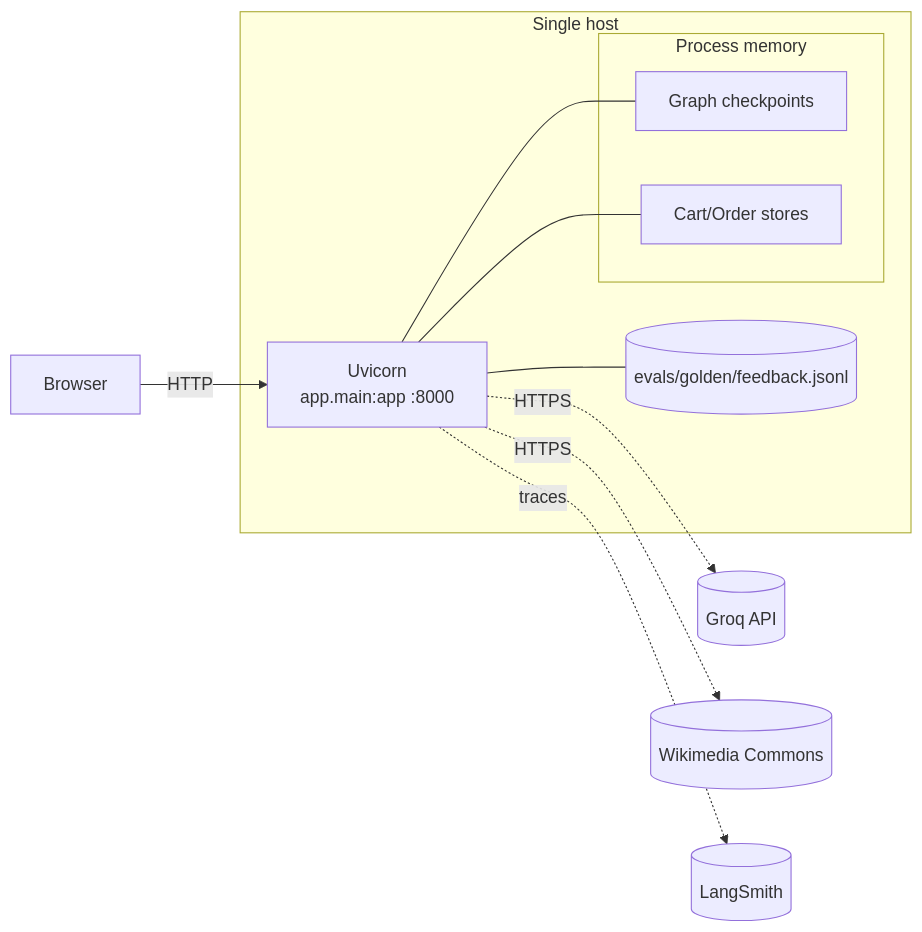
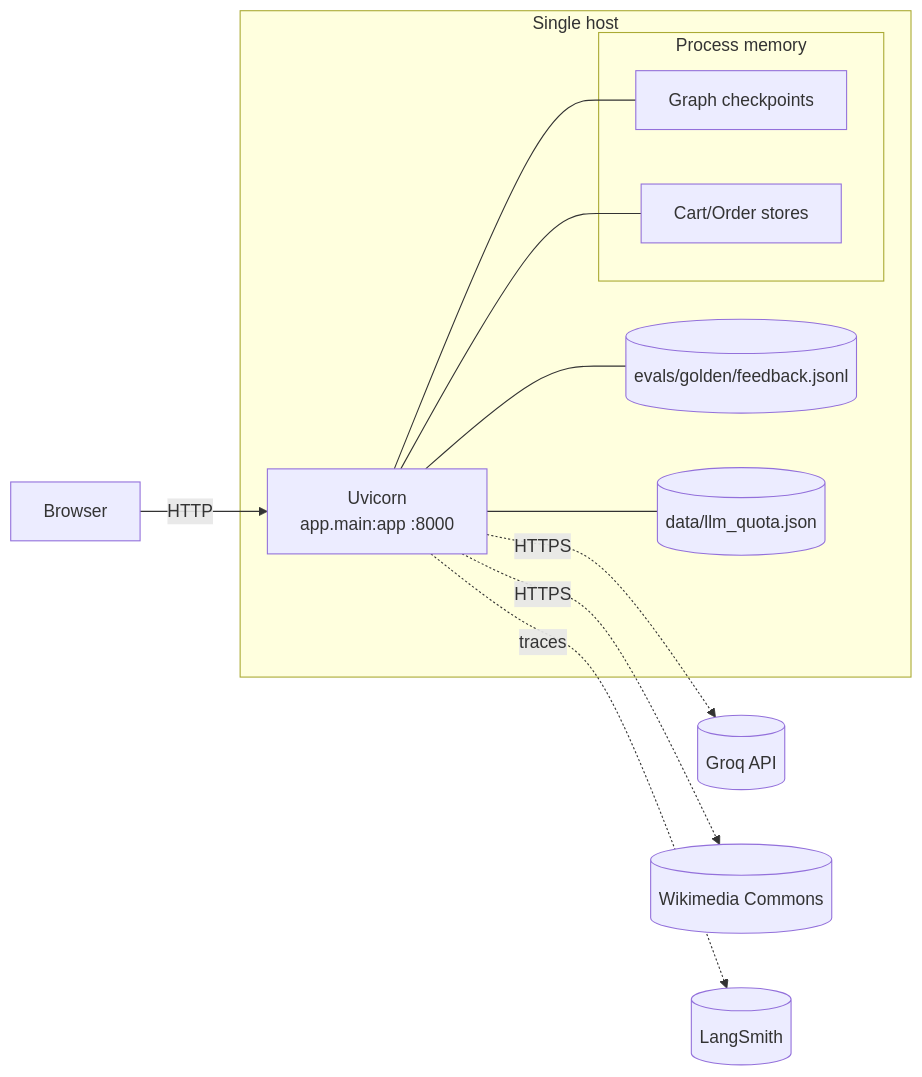
The sixth of 6 diagrams in docs/HLD.md (AyushNeedsCaffeine/QuickChef), drawn with Mermaid before and after one commit. The commit also changed other lines of this file and 21 other files, not shown here.

Commit message:
feat: QuickChef v2.3 custom dish UX and quota-safe AI flow

````diff
--- a/docs/HLD.md
+++ b/docs/HLD.md
@@ -272,18 +288,20 @@
 ```mermaid
 flowchart LR
     subgraph Host["Single host"]
         UV[Uvicorn\napp.main:app :8000]
         subgraph Mem["Process memory"]
             GR[Graph checkpoints]
             CT[Cart/Order stores]
         end
         FB[(evals/golden/feedback.jsonl)]
+        Q[(data/llm_quota.json)]
         UV --- GR
         UV --- CT
         UV --- FB
+        UV --- Q
     end
     Browser -->|HTTP| UV
     UV -.HTTPS.-> Groq[(Groq API)]
     UV -.HTTPS.-> WC[(Wikimedia Commons)]
     UV -.traces.-> LS[(LangSmith)]
 ```
````
